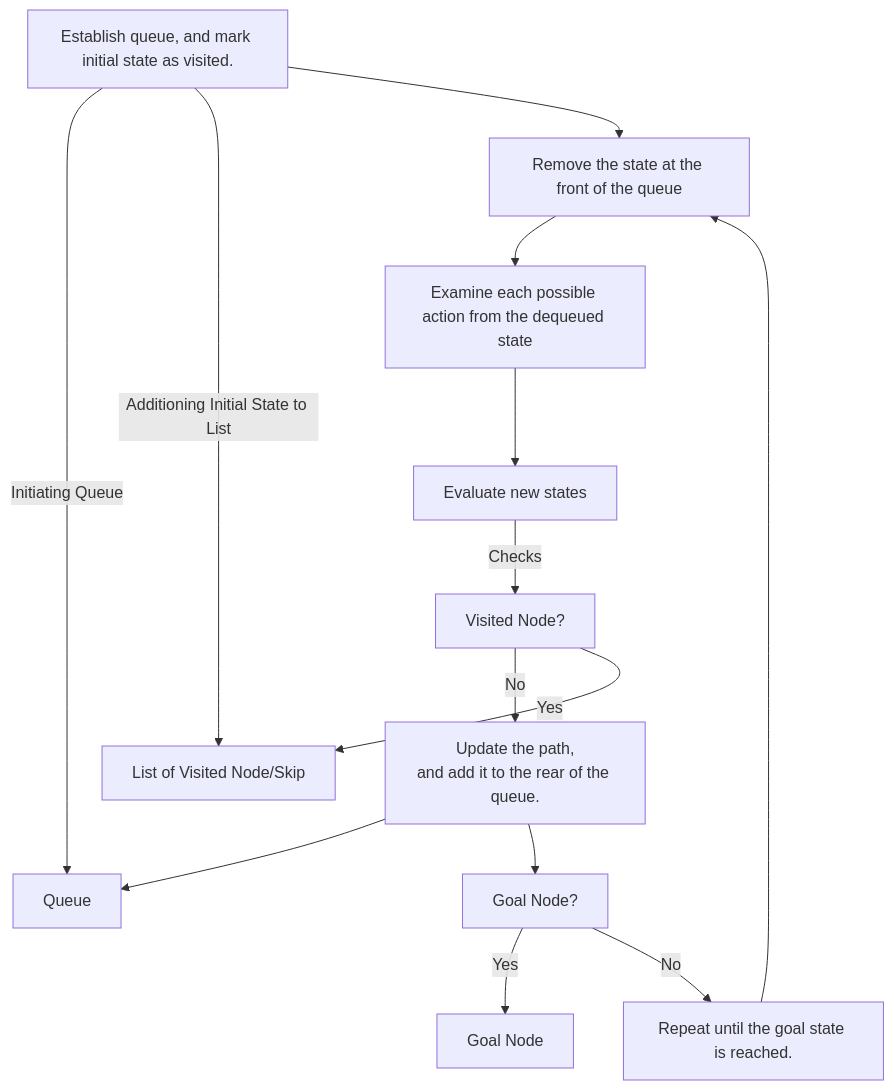
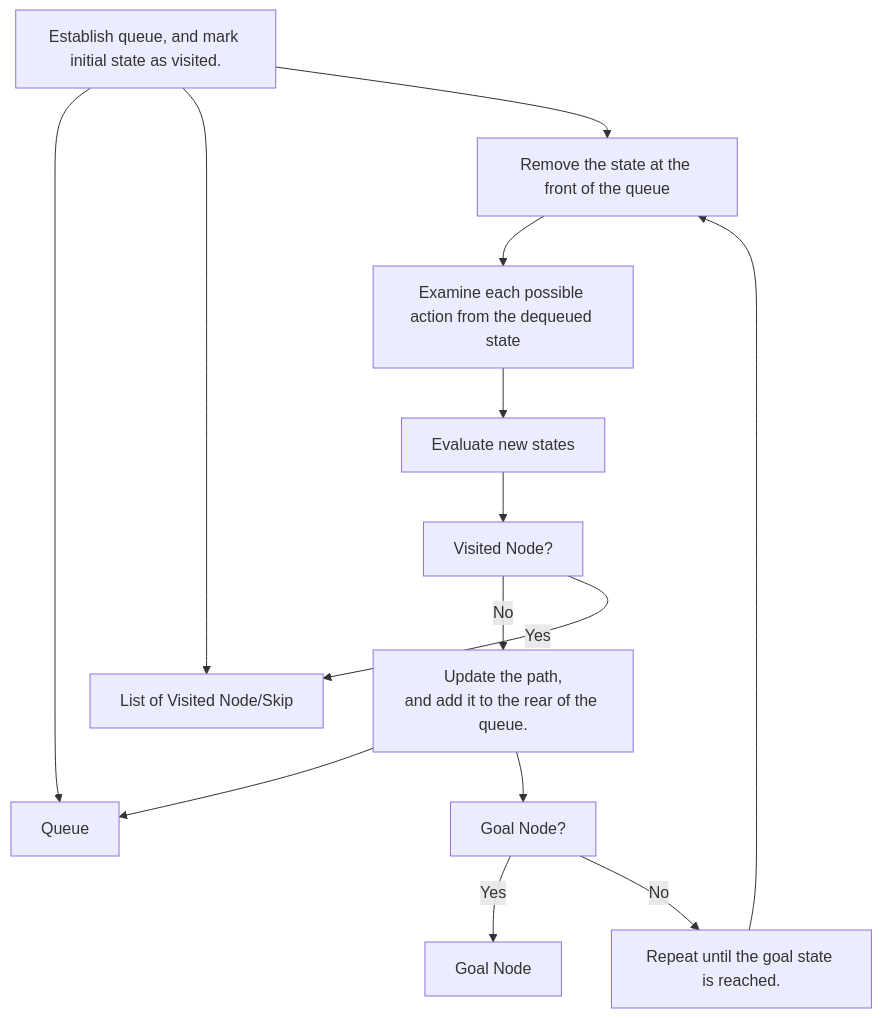
One commit to NosrevytsNg/Taxi-v3-Search-Agent changed the third of 3 diagrams in README.md. Above: the diagram before and after it, drawn with Mermaid.

````diff
--- a/README.md
+++ b/README.md
@@ -139,18 +139,18 @@
 ```mermaid
 flowchart TD
 
 A[Establish queue, and mark initial state as visited.]
-A --> |Initiating Queue| W[Queue]
-A --> |Additioning Initial State to List| X[List of Visited Node/Skip]
+A --> W[Queue]
+A --> X[List of Visited Node/Skip]
 A --> B[Remove the state at the front of the queue]
 B --> C[Examine each possible action from the dequeued state]
 C --> D[Evaluate new states]
-D --> |Checks| Y[Visited Node?]
+D --> Y[Visited Node?]
 Y -->|No| E[Update the path,<br>and add it to the rear of the queue.]
 Y -->|Yes| X
 E --> W
 E --> Z[Goal Node?]
 Z --> |Yes| U[Goal Node]
 Z --> |No| F[Repeat until the goal state is reached.]
 F --> B
 ```
````
